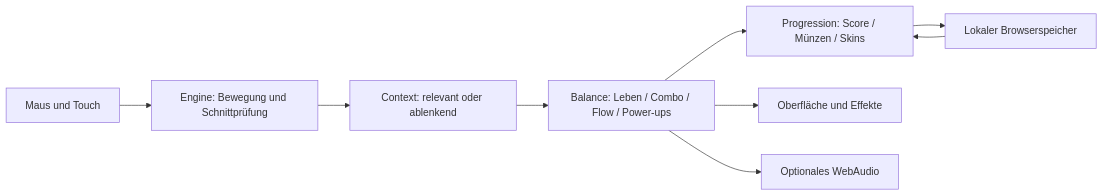
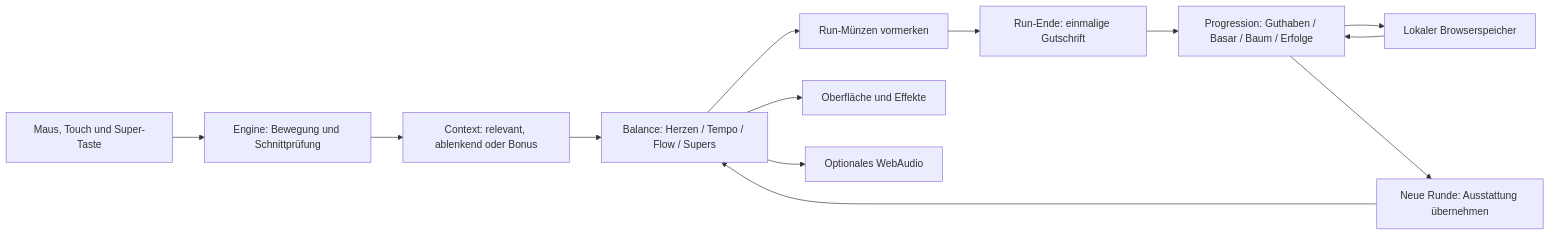
One commit to BruKevFH/REBOOT-Digital-Balance changed the second of 3 diagrams in notification-ninja/PLAN.md. Above: the diagram before and after it, drawn with Mermaid. The commit also changed other lines of this file and 20 other files, not shown here.

````diff
--- a/notification-ninja/PLAN.md
+++ b/notification-ninja/PLAN.md
@@ -50,11 +65,15 @@
 ```mermaid
 flowchart LR
-    Input[Maus und Touch] --> Engine[Engine: Bewegung und Schnittprüfung]
-    Engine --> Context[Context: relevant oder ablenkend]
-    Context --> Balance[Balance: Leben / Combo / Flow / Power-ups]
-    Balance --> Progression[Progression: Score / Münzen / Skins]
+    Input[Maus, Touch und Super-Taste] --> Engine[Engine: Bewegung und Schnittprüfung]
+    Engine --> Context[Context: relevant, ablenkend oder Bonus]
+    Context --> Balance[Balance: Herzen / Tempo / Flow / Supers]
+    Balance --> Pending[Run-Münzen vormerken]
+    Pending --> End[Run-Ende: einmalige Gutschrift]
+    End --> Progression[Progression: Guthaben / Basar / Baum / Erfolge]
+    Progression --> Storage[Lokaler Browserspeicher]
+    Storage --> Progression
+    Progression --> NewRun[Neue Runde: Ausstattung übernehmen]
+    NewRun --> Balance
     Balance --> View[Oberfläche und Effekte]
     Balance --> Sound[Optionales WebAudio]
-    Progression --> Storage[Lokaler Browserspeicher]
-    Storage --> Progression
 ```
````
